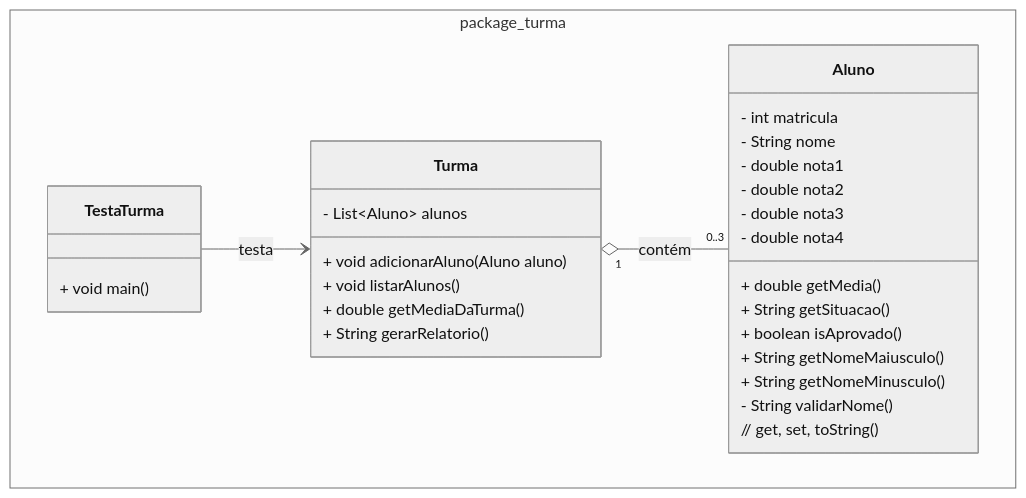
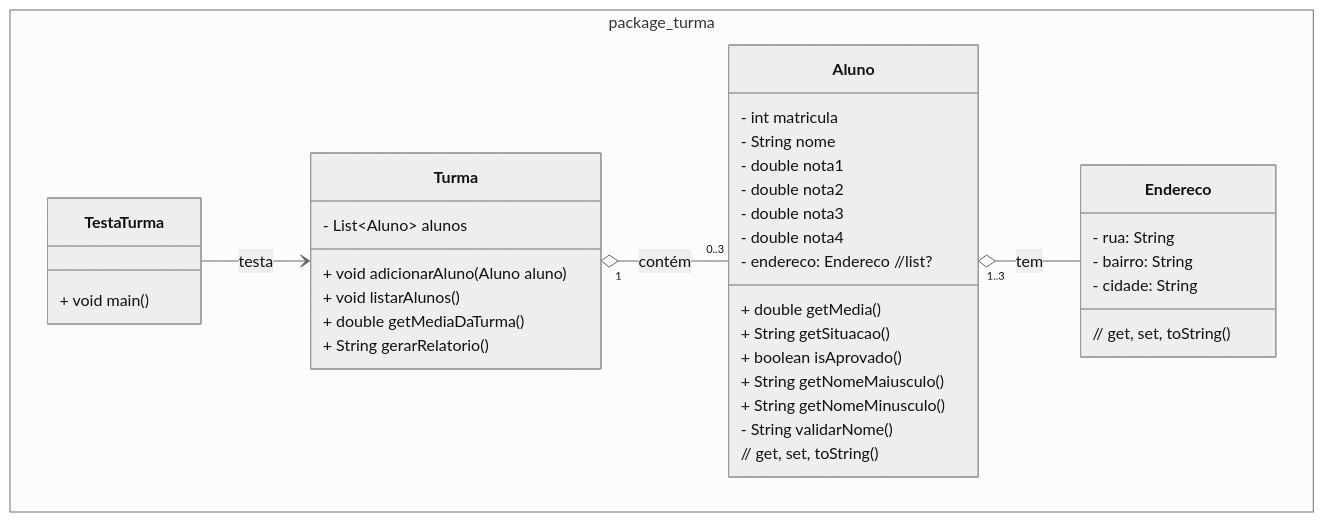
Before and after one commit to ap3ufersa/ap3_2026.1_xicoArruda: the diagram in unidade2/aula8.md, drawn with Mermaid (neutral theme). The commit also changed other lines of this file and 1 other file, not shown here.

First line of the commit message:
Update aula8: composition, collections, diagram

````diff
--- a/unidade2/aula8.md
+++ b/unidade2/aula8.md
@@ -25,32 +19,43 @@
 ```mermaid
 classDiagram
     namespace package_turma {
         class Aluno {
             - int matricula
             - String nome
             - double nota1
             - double nota2
             - double nota3
             - double nota4
+            - endereco: Endereco //list?
             + double getMedia()
             + String getSituacao()
             + boolean isAprovado()
             + String getNomeMaiusculo()
             + String getNomeMinusculo()
             - String validarNome()
             // get, set, toString()
         }
+
+        class Endereco {
+            - rua: String
+            - bairro: String
+            - cidade: String
+            // get, set, toString()
+        }
+
         class Turma {
             - List~Aluno~ alunos
             + void adicionarAluno(Aluno aluno)
             + void listarAlunos()
             + double getMediaDaTurma()
             + String gerarRelatorio()
         }
+
         class TestaTurma {
             + void main()
         }
     }
+    Aluno "1..3" o-- Endereco : tem
     Turma "1" o-- "0..3" Aluno : contém
     TestaTurma --> Turma : testa
 ```
````
